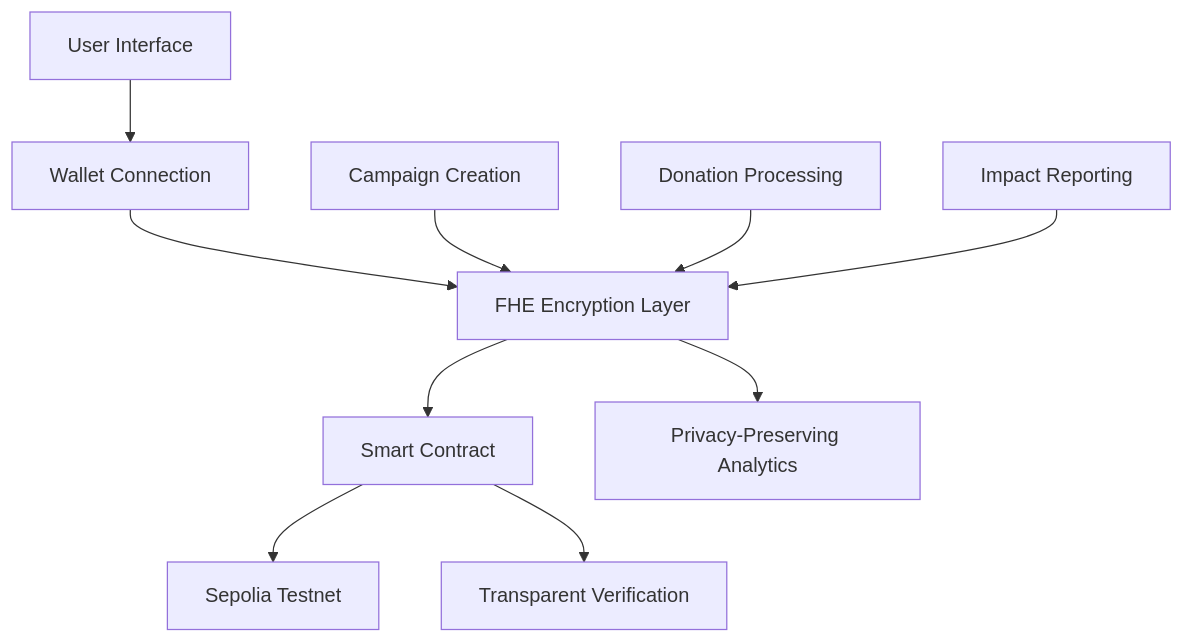
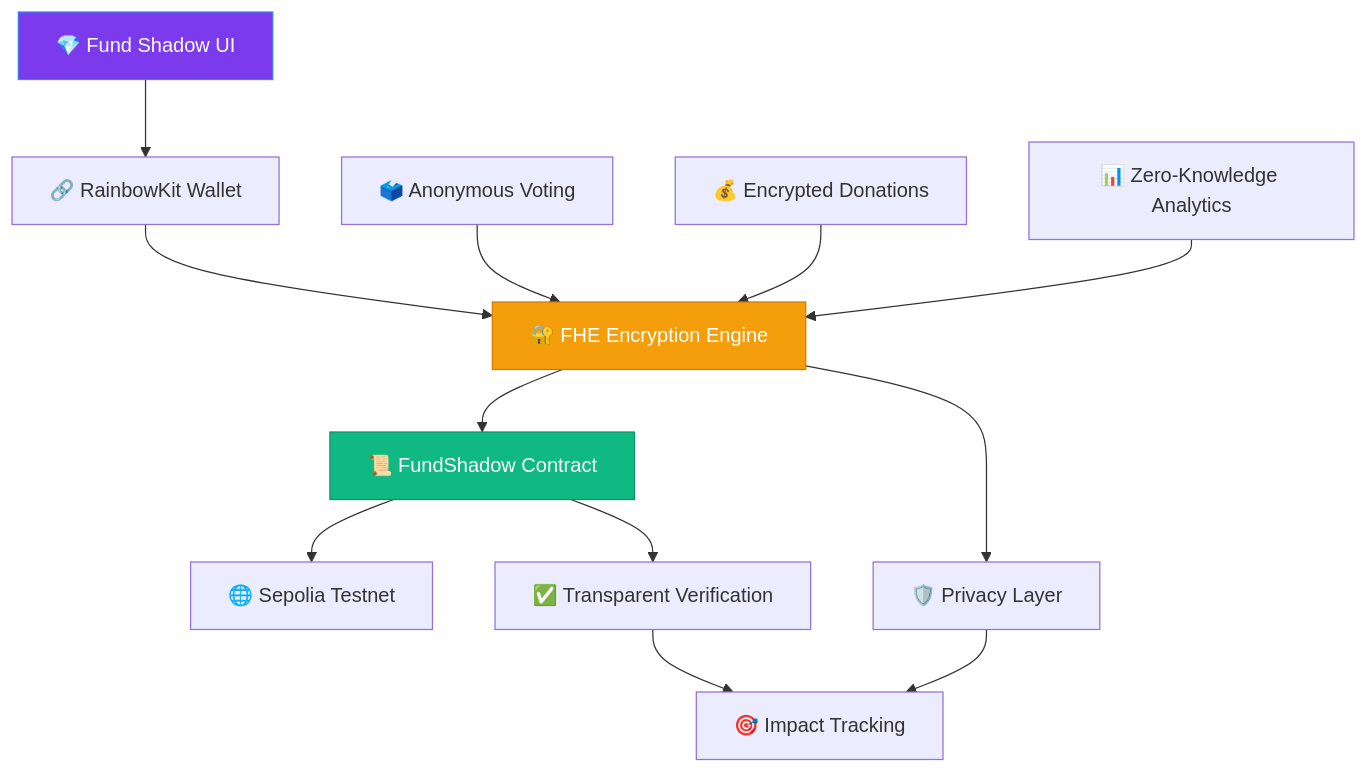
The diagram in README.md (metachain-org/fund-shadow), drawn with Mermaid before and after one commit. The commit also changed other lines of this file and 4 other files, not shown here.

First line of the commit message:
Enhance project with differentiated design and encrypted voting

````diff
--- a/README.md
+++ b/README.md
@@ -97,14 +100,20 @@
 ```mermaid
 graph TB
-    A[User Interface] --> B[Wallet Connection]
-    B --> C[FHE Encryption Layer]
-    C --> D[Smart Contract]
-    D --> E[Sepolia Testnet]
-    
-    F[Campaign Creation] --> C
-    G[Donation Processing] --> C
-    H[Impact Reporting] --> C
-    
-    C --> I[Privacy-Preserving Analytics]
-    D --> J[Transparent Verification]
+    A[💎 Fund Shadow UI] --> B[🔗 RainbowKit Wallet]
+    B --> C[🔐 FHE Encryption Engine]
+    C --> D[📜 FundShadow Contract]
+    D --> E[🌐 Sepolia Testnet]
+
+    F[🗳️ Anonymous Voting] --> C
+    G[💰 Encrypted Donations] --> C
+    H[📊 Zero-Knowledge Analytics] --> C
+
+    C --> I[🛡️ Privacy Layer]
+    D --> J[✅ Transparent Verification]
+    I --> K[🎯 Impact Tracking]
+    J --> K
+
+    style A fill:#7c3aed,stroke:#3b82f6,color:#fff
+    style C fill:#f59e0b,stroke:#d97706,color:#fff
+    style D fill:#10b981,stroke:#059669,color:#fff
 ```
````
